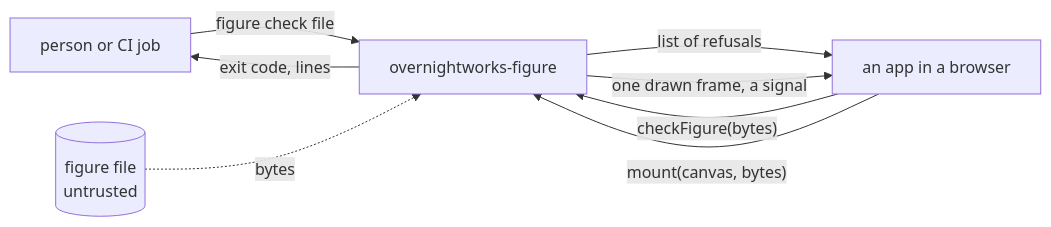
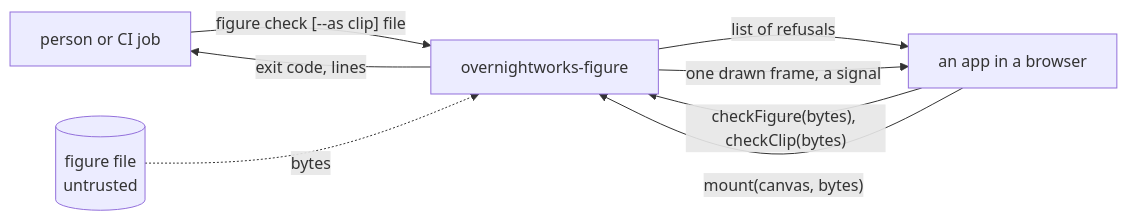
One commit to overnightworks/figure changed the first of 4 diagrams in docs/ARCHITECTURE.md. Above: the diagram before and after it, drawn with Mermaid. The commit also changed other lines of this file and 19 other files, not shown here.

First line of the commit message:
figure check --as clip and checkClip (#81)

````diff
--- a/docs/ARCHITECTURE.md
+++ b/docs/ARCHITECTURE.md
@@ -7,10 +7,10 @@
 ```mermaid
 flowchart LR
-    caller["person or CI job"] -->|"figure check file"| package
-    app["an app in a browser"] -->|"checkFigure(bytes)"| package
+    caller["person or CI job"] -->|"figure check [--as clip] file"| package
+    app["an app in a browser"] -->|"checkFigure(bytes), checkClip(bytes)"| package
     app -->|"mount(canvas, bytes)"| package
     package["overnightworks-figure"] -->|"exit code, lines"| caller
     package -->|"list of refusals"| app
     package -->|"one drawn frame, a signal"| app
     file[("figure file<br/>untrusted")] -.->|"bytes"| package
 ```
````
